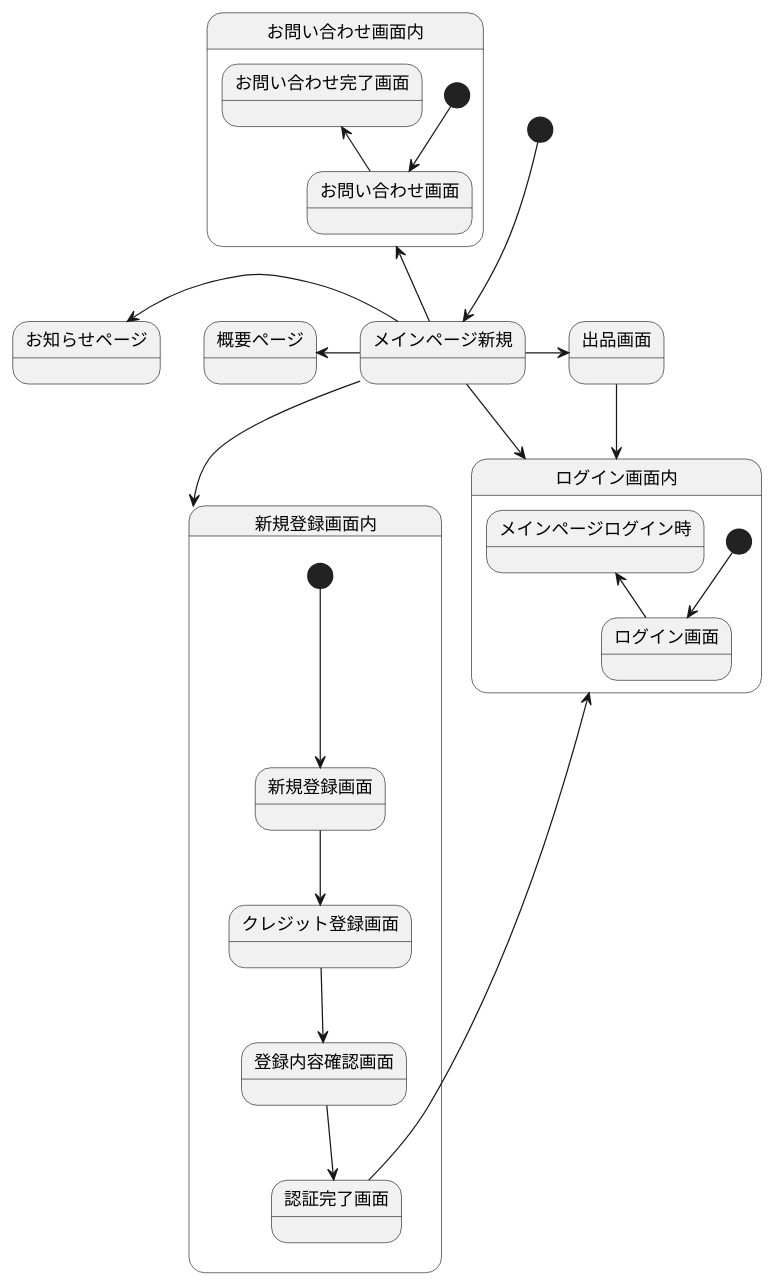
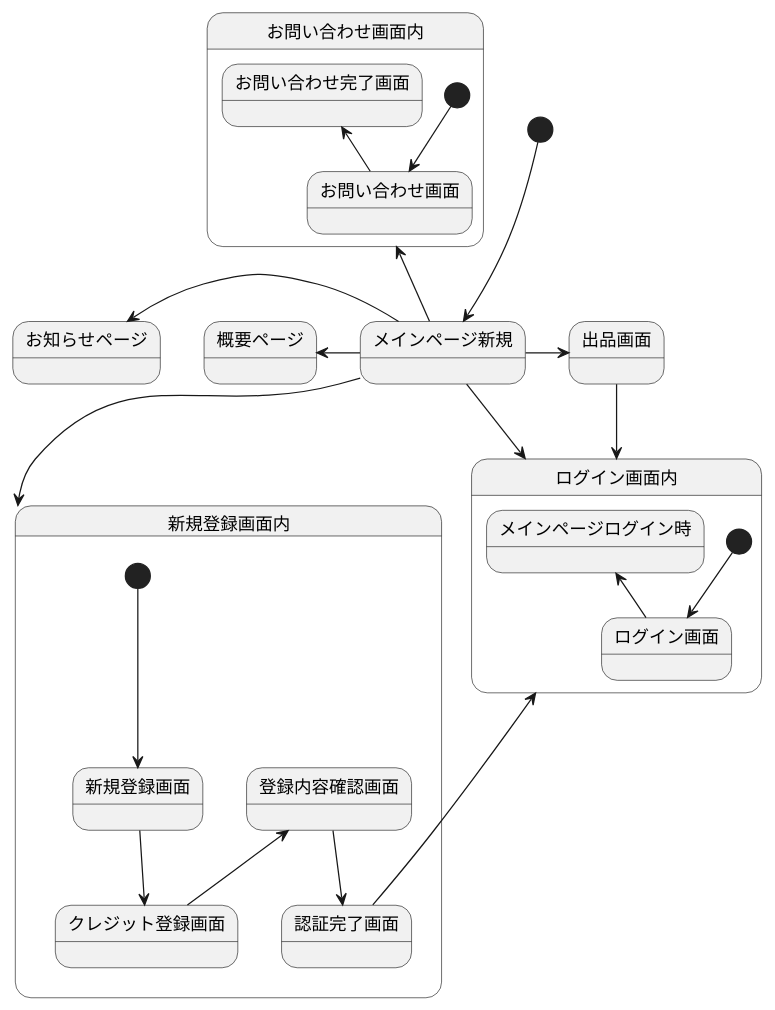
One commit to Aso2001147/2021SystemDesign changed the diagram in 画面遷移図.md. Above: the diagram before and after it, drawn with PlantUML.

````diff
--- a/画面遷移図.md
+++ b/画面遷移図.md
@@ -1,32 +1,32 @@
 ```uml
 @startuml
 [*] --> メインページ新規
 メインページ新規 -left-> 概要ページ
 メインページ新規 -up-> お問い合わせ画面内
 メインページ新規 -left-> お知らせページ
 メインページ新規 --> ログイン画面内
 メインページ新規 --> 新規登録画面内
 メインページ新規 -> 出品画面
 出品画面 -> ログイン画面内
 
 
 state 新規登録画面内{
 [*] --> 新規登録画面
 新規登録画面 -down-> クレジット登録画面
-クレジット登録画面 -down-> 登録内容確認画面
+クレジット登録画面 -up-> 登録内容確認画面
 登録内容確認画面 -down-> 認証完了画面
 認証完了画面 -up-> ログイン画面内
 }
 
 state ログイン画面内{
 [*] -down-> ログイン画面
 ログイン画面 -up-> メインページログイン時
 }
 
 state お問い合わせ画面内{
 [*] -down-> お問い合わせ画面
 お問い合わせ画面 -up-> お問い合わせ完了画面
 }
 
 @enduml
 ```
````
